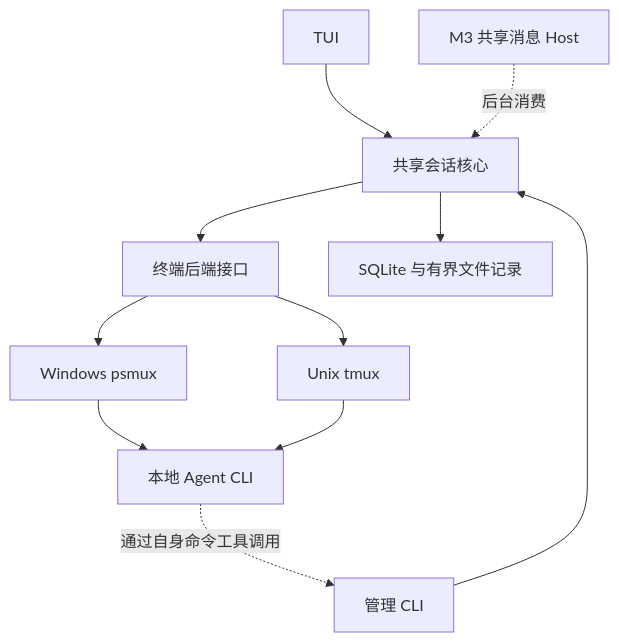
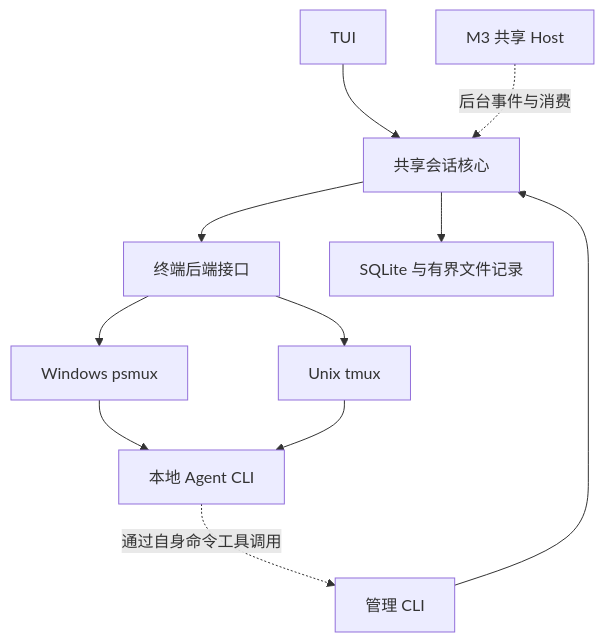
The diagram in docs/ARCHITECTURE.md (liuhui-code/agent-session-desk), drawn with Mermaid before and after one commit. The commit also changed other lines of this file and 24 other files, not shown here.

````diff
--- a/docs/ARCHITECTURE.md
+++ b/docs/ARCHITECTURE.md
@@ -9,13 +9,13 @@
 ```mermaid
 flowchart TD
     UI["TUI"] --> CORE["共享会话核心"]
     CTL["管理 CLI"] --> CORE
-    HOST["M3 共享消息 Host"] -. "后台消费" .-> CORE
+    HOST["M3 共享 Host"] -. "后台事件与消费" .-> CORE
     CORE --> RUNTIME["终端后端接口"]
     CORE --> STORE["SQLite 与有界文件记录"]
     RUNTIME --> WIN["Windows psmux"]
     RUNTIME --> UNIX["Unix tmux"]
     WIN --> AGENT["本地 Agent CLI"]
     UNIX --> AGENT
     AGENT -. "通过自身命令工具调用" .-> CTL
 ```
````
